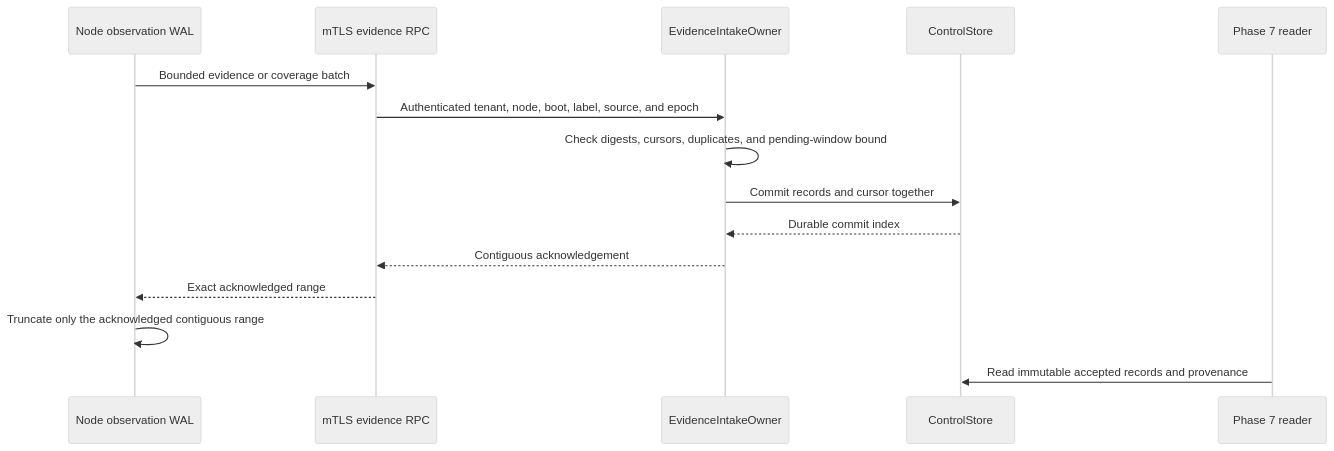
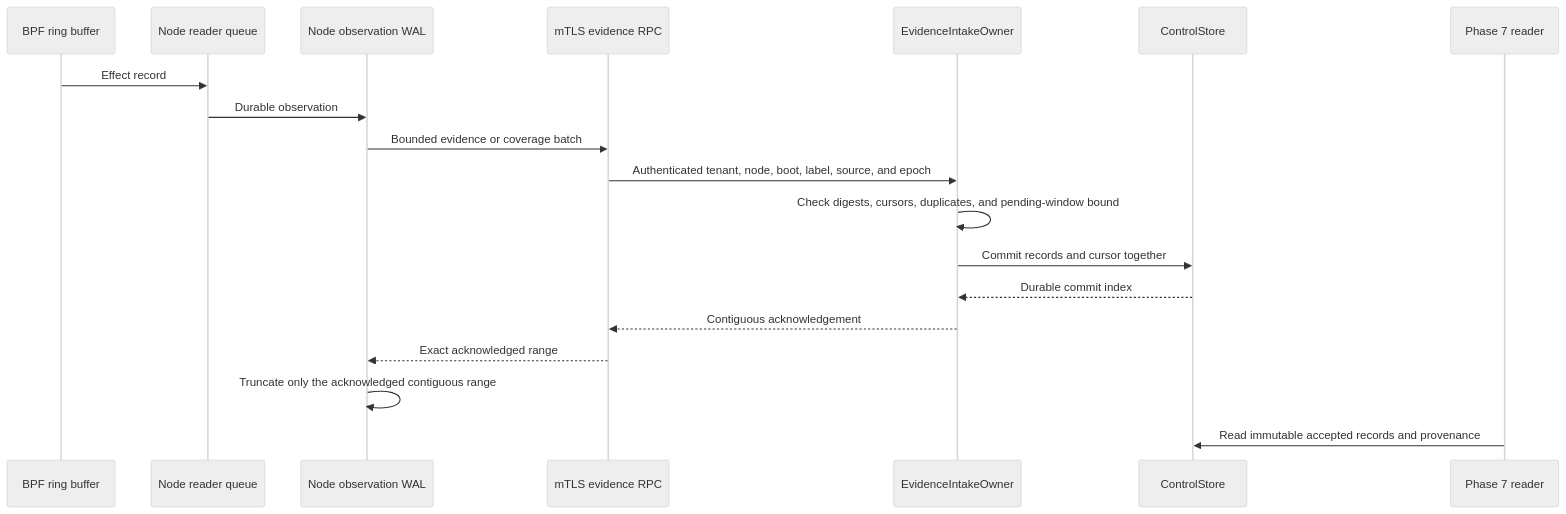
One commit to Ereborlabs/erebor-runtime changed the third of 5 diagrams in docs/plans/mithril-hugging-face-intrusion-prevention/phase-6-2-implementation-review.md. Above: the diagram before and after it, drawn with Mermaid (neutral theme). The commit also changed other lines of this file and 2 other files, not shown here.

Commit message:
Record convergence verification evidence

````diff
--- a/docs/plans/mithril-hugging-face-intrusion-prevention/phase-6-2-implementation-review.md
+++ b/docs/plans/mithril-hugging-face-intrusion-prevention/phase-6-2-implementation-review.md
@@ -362,17 +371,21 @@
 ```mermaid
 sequenceDiagram
+    participant Kernel as BPF ring buffer
+    participant Queue as Node reader queue
     participant WAL as Node observation WAL
     participant RPC as mTLS evidence RPC
     participant Intake as EvidenceIntakeOwner
     participant Store as ControlStore
     participant Next as Phase 7 reader
+    Kernel->>Queue: Effect record
+    Queue->>WAL: Durable observation
     WAL->>RPC: Bounded evidence or coverage batch
     RPC->>Intake: Authenticated tenant, node, boot, label, source, and epoch
     Intake->>Intake: Check digests, cursors, duplicates, and pending-window bound
     Intake->>Store: Commit records and cursor together
     Store-->>Intake: Durable commit index
     Intake-->>RPC: Contiguous acknowledgement
     RPC-->>WAL: Exact acknowledged range
     WAL->>WAL: Truncate only the acknowledged contiguous range
     Next->>Store: Read immutable accepted records and provenance
 ```
````
